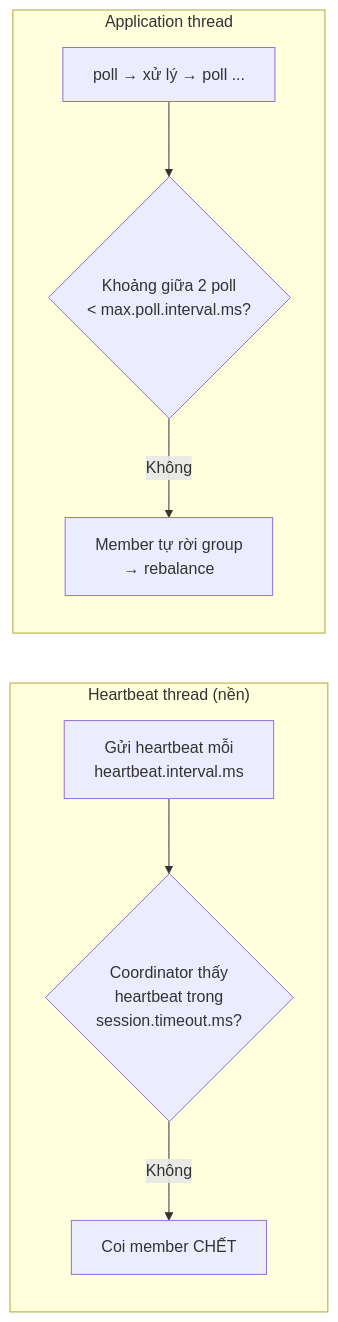
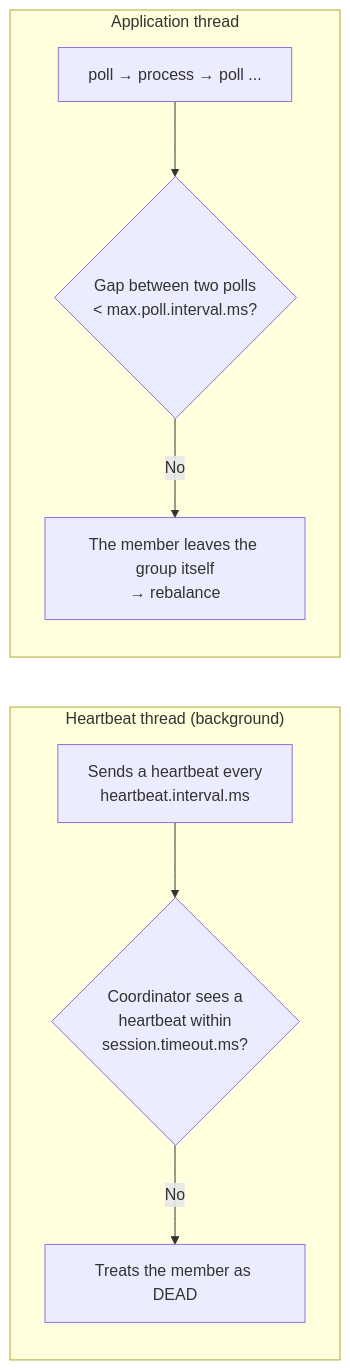
Before and after one commit to vuhoang001/knowledge: the third of 3 diagrams in i18n/en/docusaurus-plugin-content-docs/current/etl/kafka/skills/consumer-groups.md, drawn with Mermaid. The commit also changed other lines of this file and 21 other files, not shown here.

````diff
--- a/i18n/en/docusaurus-plugin-content-docs/current/etl/kafka/skills/consumer-groups.md
+++ b/i18n/en/docusaurus-plugin-content-docs/current/etl/kafka/skills/consumer-groups.md
@@ -96,11 +95,11 @@
 ```mermaid
 flowchart LR
-  subgraph BG["Heartbeat thread (nền)"]
-    H1[Gửi heartbeat mỗi<br/>heartbeat.interval.ms] --> H2{Coordinator thấy<br/>heartbeat trong<br/>session.timeout.ms?}
-    H2 -->|Không| H3[Coi member CHẾT]
+  subgraph BG["Heartbeat thread (background)"]
+    H1[Sends a heartbeat every<br/>heartbeat.interval.ms] --> H2{Coordinator sees a<br/>heartbeat within<br/>session.timeout.ms?}
+    H2 -->|No| H3[Treats the member as DEAD]
   end
   subgraph FG["Application thread"]
-    P1[poll → xử lý → poll ...] --> P2{Khoảng giữa 2 poll<br/>< max.poll.interval.ms?}
-    P2 -->|Không| P3[Member tự rời group<br/>→ rebalance]
+    P1[poll → process → poll ...] --> P2{Gap between two polls<br/>< max.poll.interval.ms?}
+    P2 -->|No| P3[The member leaves the group itself<br/>→ rebalance]
   end
 ```
````
